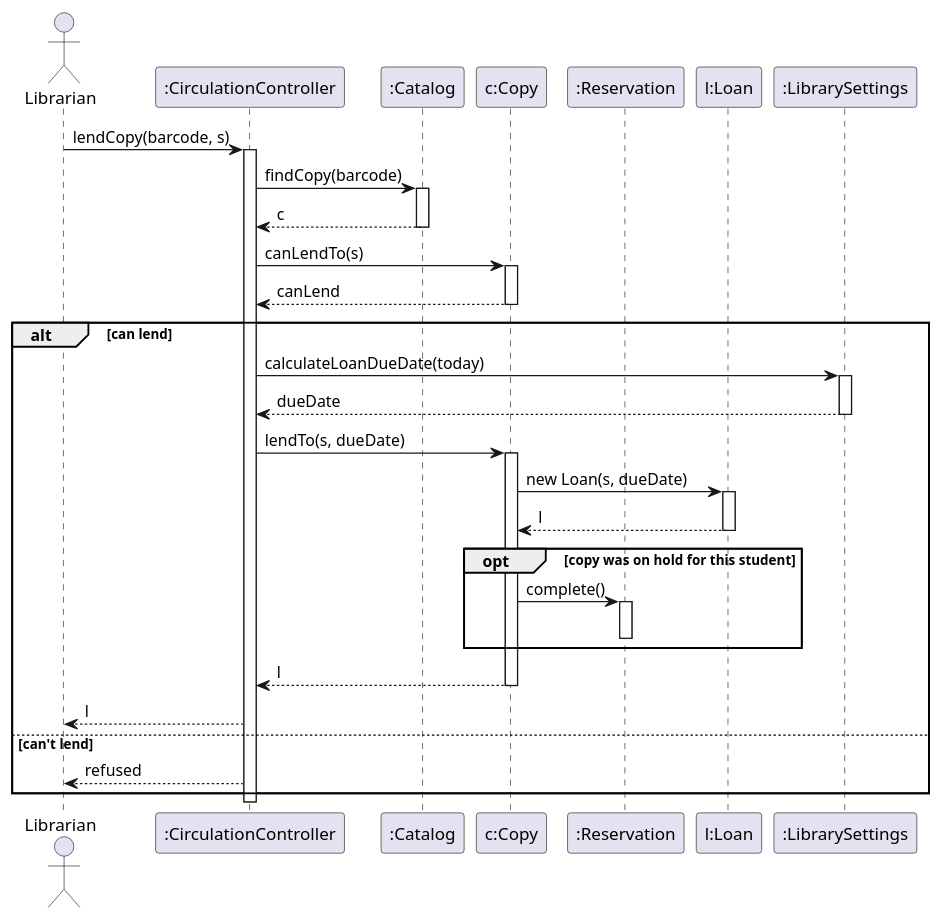
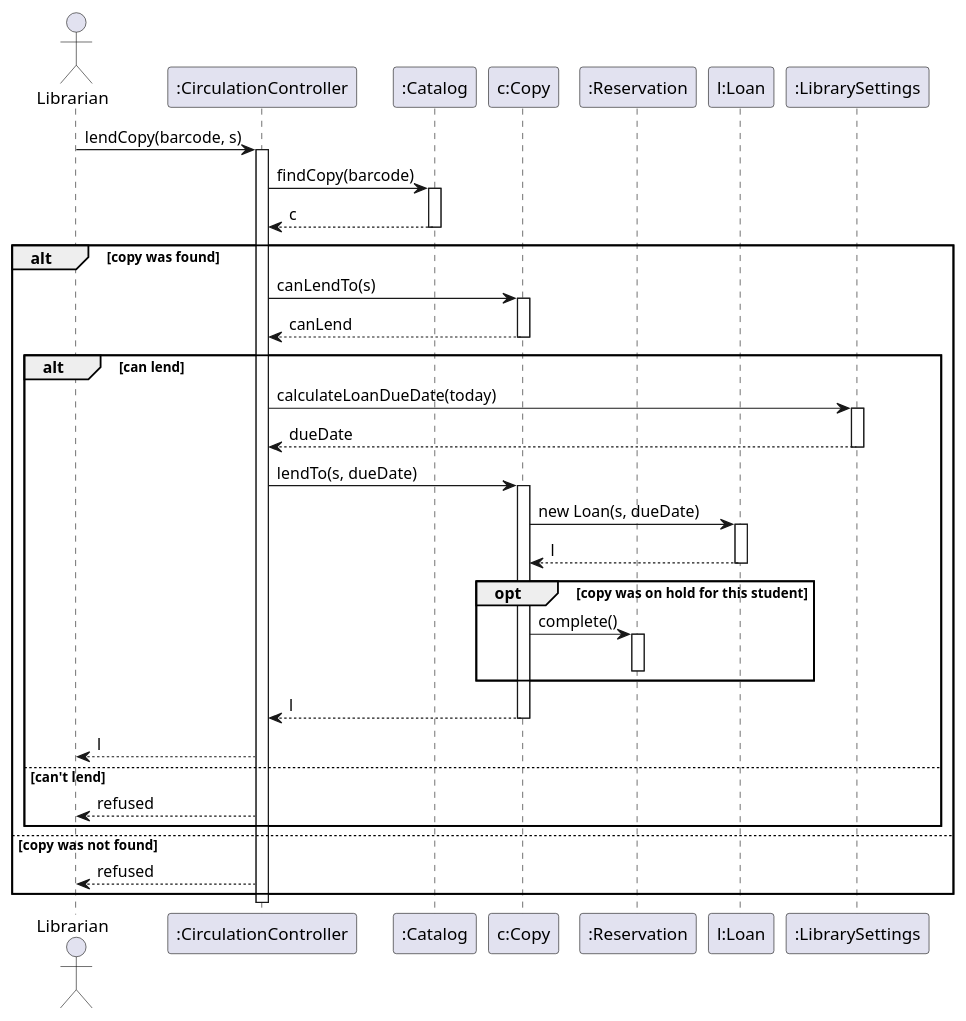
One commit to erionelezaj/LibrarySystem-SW-Design-Principles changed the diagram in docs/uml/seq-handing-out-copy.puml. Above: the diagram before and after it, drawn with PlantUML. The commit also changed 1 other file, not shown here.

Commit message:
Added code related to my part in CirculationController.js. Updated the Handing out sequence to consider the case that a copy does not exist

```diff
--- a/docs/uml/seq-handing-out-copy.puml
+++ b/docs/uml/seq-handing-out-copy.puml
@@ -1,58 +1,64 @@
 @startuml HandingOutCopy
 actor Librarian
 
 participant ":CirculationController" as controller
 participant ":Catalog" as catalog
 participant "c:Copy" as copy
 participant ":Reservation" as reservation
 participant "l:Loan" as loan
 participant ":LibrarySettings"  as settings
 
 
 
 Librarian -> controller: lendCopy(barcode, s)
 activate controller
 
 controller -> catalog: findCopy(barcode)
 activate catalog
 catalog --> controller: c
 deactivate catalog
+
+alt copy was found
 
 controller -> copy: canLendTo(s)
 activate copy
 copy --> controller: canLend
 deactivate copy
 
 alt  can lend
     controller -> settings: calculateLoanDueDate(today)
     activate settings
     settings --> controller: dueDate
     deactivate settings
 
     controller -> copy: lendTo(s, dueDate)
     activate copy
     copy -> loan: new Loan(s, dueDate)
     activate loan
     loan --> copy: l
     deactivate loan
 
     opt copy was on hold for this student
         copy  -> reservation: complete()
         activate reservation
         deactivate reservation
     end
 
     copy --> controller: l
     deactivate copy
 
     controller --> Librarian: l
 
 
 
 else  can't lend
     controller --> Librarian: refused
 end
 
+else copy was not found
+    controller --> Librarian: refused
+end    
+
 deactivate controller
 
 @enduml
```
